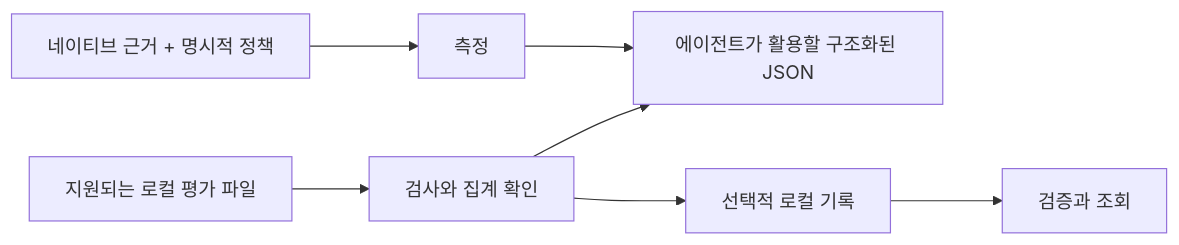
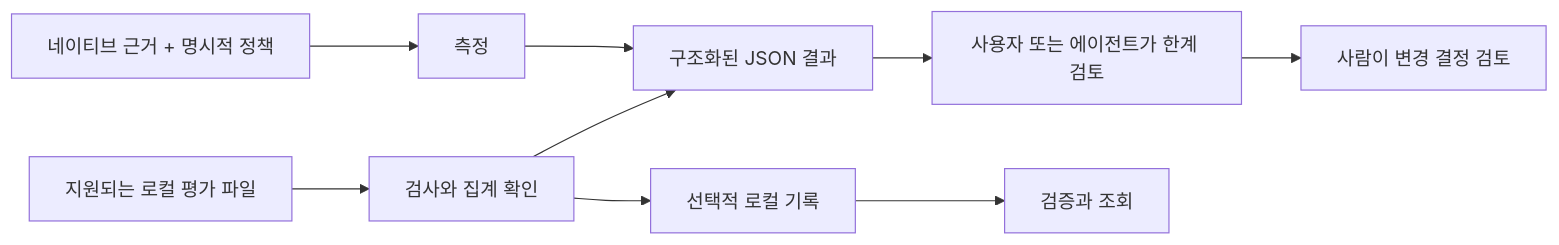
The diagram in README.ko.md (ntts9990/underwrite), drawn with Mermaid before and after one commit. The commit also changed other lines of this file and 2 other files, not shown here.

````diff
--- a/README.ko.md
+++ b/README.ko.md
@@ -50,9 +120,11 @@
 ```mermaid
 flowchart LR
     A[지원되는 로컬 평가 파일] --> B[검사와 집계 확인]
-    B --> C[에이전트가 활용할 구조화된 JSON]
-    B --> D[선택적 로컬 기록]
-    E[네이티브 근거 + 명시적 정책] --> F[측정]
-    F --> C
-    D --> G[검증과 조회]
+    B --> C[구조화된 JSON 결과]
+    C --> D[사용자 또는 에이전트가 한계 검토]
+    D --> E[사람이 변경 결정 검토]
+    B --> F[선택적 로컬 기록]
+    F --> G[검증과 조회]
+    H[네이티브 근거 + 명시적 정책] --> I[측정]
+    I --> C
 ```
````
